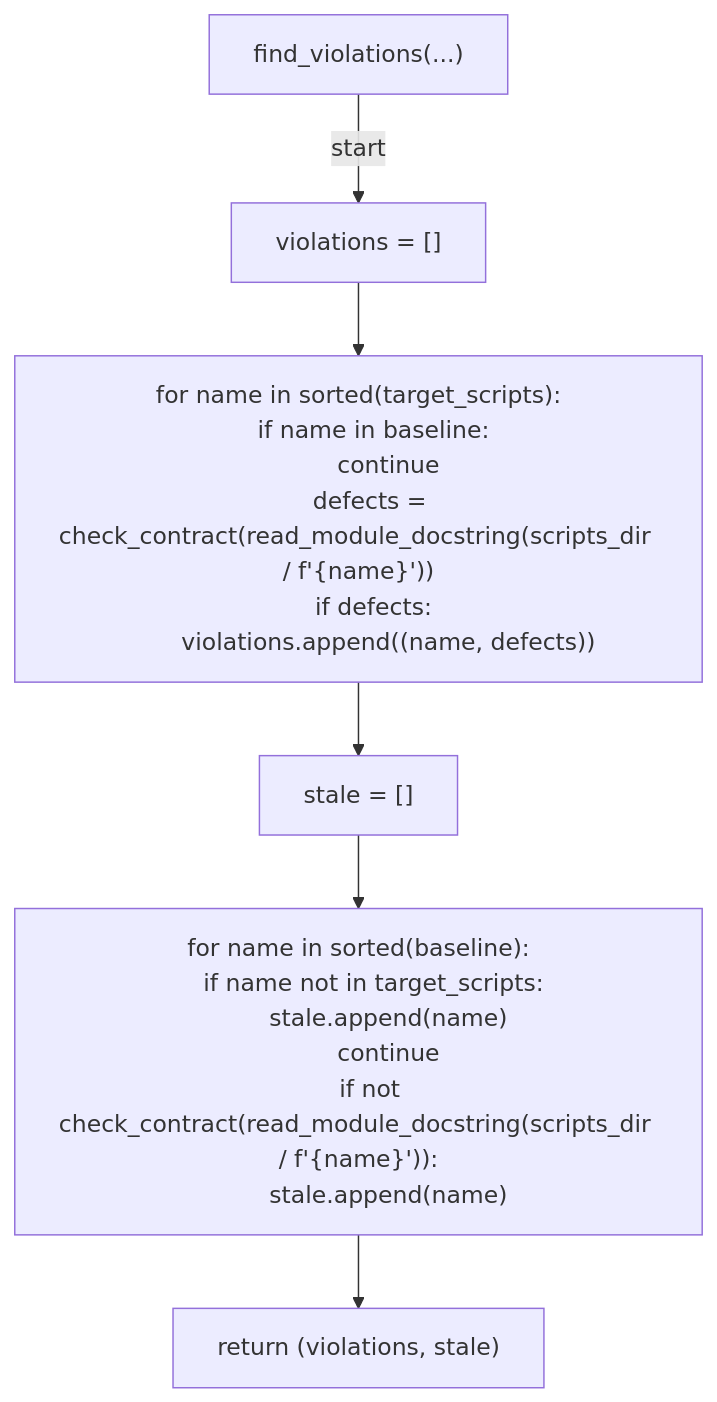
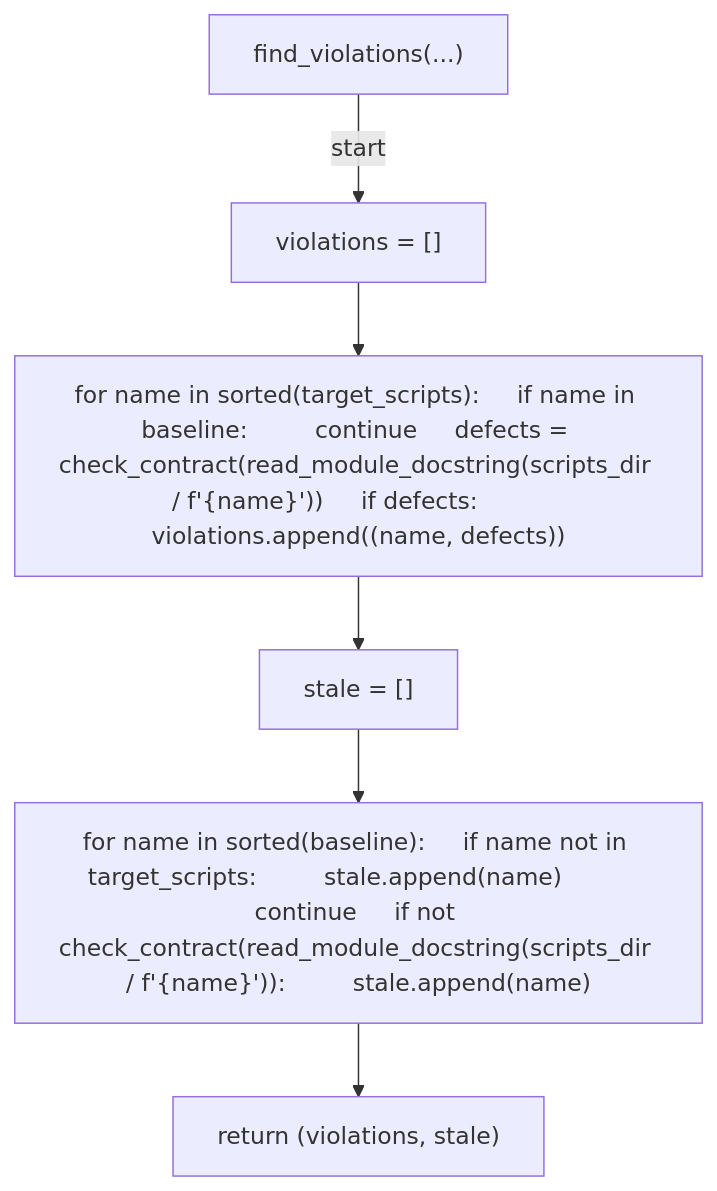
One commit to tvna/claude-md changed the fourth of 6 diagrams in docs/generated/scripts/ast/scan_input_contract_drift.md. Above: the diagram before and after it, drawn with Mermaid. The commit also changed other lines of this file and 29 other files, not shown here.

First line of the commit message:
docs(generated): regenerate decision tree and workflow diagrams (batch 3/5)

````diff
--- a/docs/generated/scripts/ast/scan_input_contract_drift.md
+++ b/docs/generated/scripts/ast/scan_input_contract_drift.md
@@ -82,24 +81,14 @@
 ```mermaid
 flowchart TD
     N001["find_violations(...)"]
     N002["violations = []"]
-    N003["for name in sorted(target_scripts):
-    if name in baseline:
-        continue
-    defects = check_contract(read_module_docstring(scripts_dir / f'{name}<str>'))
-    if defects:
-        violations.append((name, defects))"]
+    N003["for name in sorted(target_scripts):     if name in baseline:         continue     defects = check_contract(read_module_docstring(scripts_dir / f'{name}<str>'))     if defects:         violations.append((name, defects))"]
     N004["stale = []"]
-    N005["for name in sorted(baseline):
-    if name not in target_scripts:
-        stale.append(name)
-        continue
-    if not check_contract(read_module_docstring(scripts_dir / f'{name}<str>')):
-        stale.append(name)"]
+    N005["for name in sorted(baseline):     if name not in target_scripts:         stale.append(name)         continue     if not check_contract(read_module_docstring(scripts_dir / f'{name}<str>')):         stale.append(name)"]
     N006["return (violations, stale)"]
     N001 -->|"start"| N002
     N002 --> N003
     N003 --> N004
     N004 --> N005
     N005 --> N006
 ```
````
